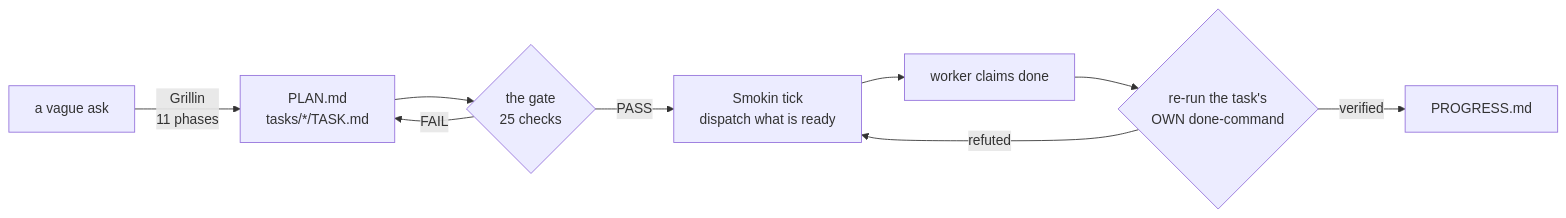
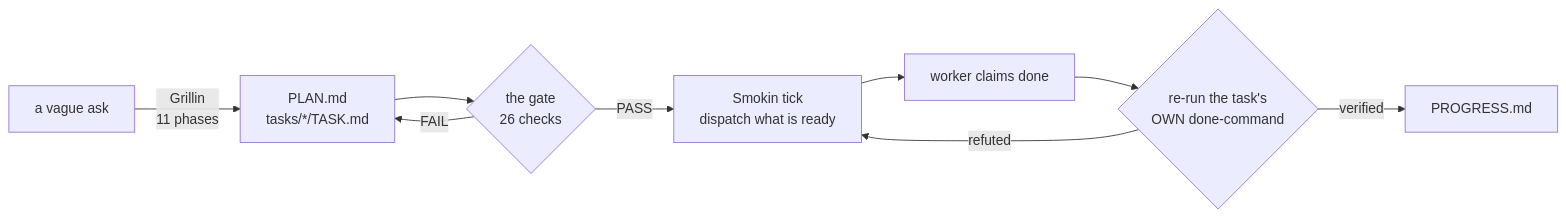
One commit to Zyn-tari/Grillin changed the diagram in README.md. Above: the diagram before and after it, drawn with Mermaid. The commit also changed other lines of this file and 11 other files, not shown here.

````diff
--- a/README.md
+++ b/README.md
@@ -151,11 +151,11 @@
 ```mermaid
 flowchart LR
   A["a vague ask"] -->|Grillin<br/>11 phases| B["PLAN.md<br/>tasks/*/TASK.md"]
-  B --> C{"the gate<br/>25 checks"}
+  B --> C{"the gate<br/>26 checks"}
   C -->|FAIL| B
   C -->|PASS| D["Smokin tick<br/>dispatch what is ready"]
   D --> E["worker claims done"]
   E --> F{"re-run the task's<br/>OWN done-command"}
   F -->|refuted| D
   F -->|verified| G["PROGRESS.md"]
 ```
````
